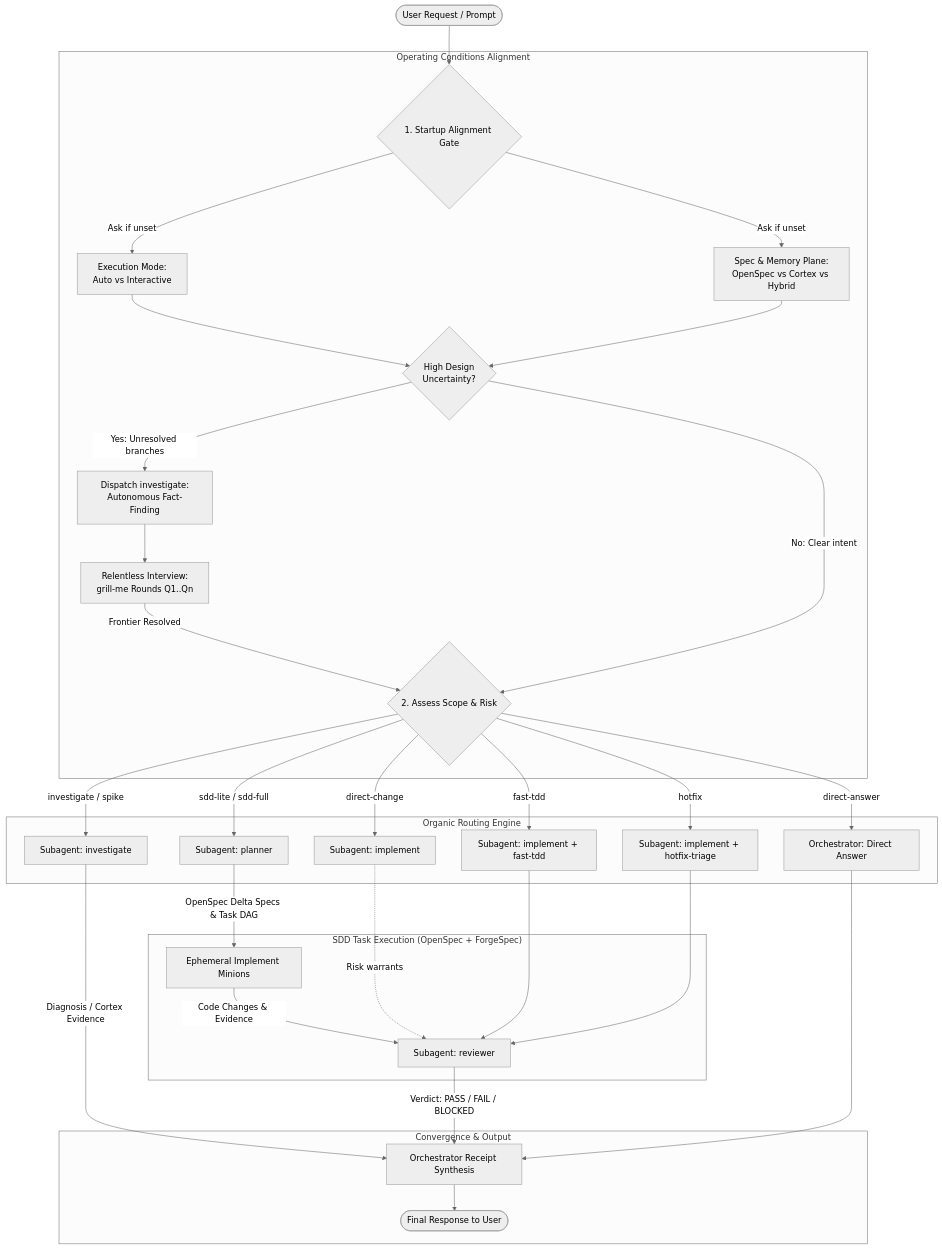
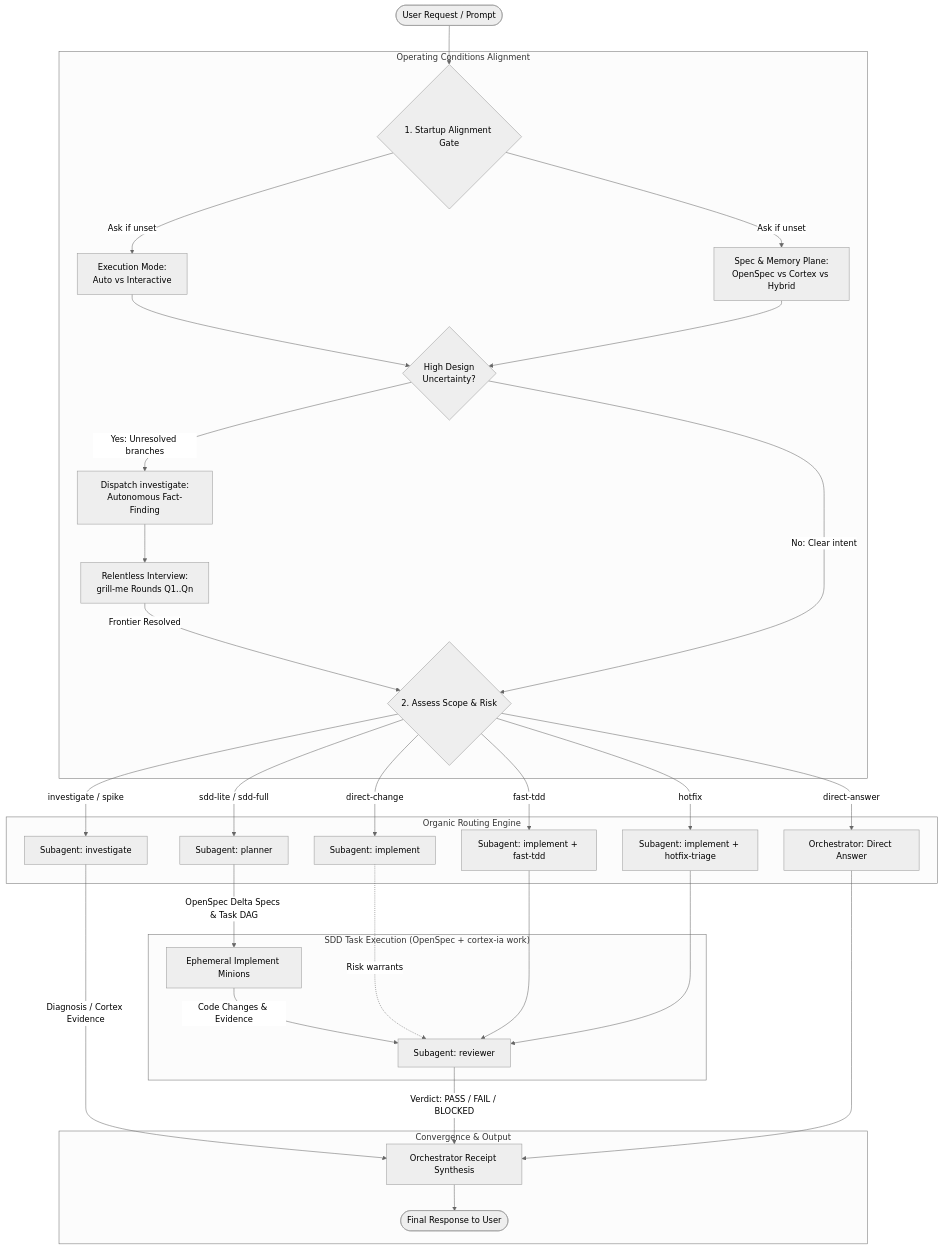
One commit to lleontor705/cortex-ia changed the first of 4 diagrams in internal/assets/AGENTS.md. Above: the diagram before and after it, drawn with Mermaid (neutral theme). The commit also changed other lines of this file and 110 other files, not shown here.

````diff
--- a/internal/assets/AGENTS.md
+++ b/internal/assets/AGENTS.md
@@ -17,42 +18,42 @@
 ```mermaid
 flowchart TD
     User([User Request / Prompt]) --> StartGate{1. Startup Alignment Gate}
     
     subgraph Alignment ["Operating Conditions Alignment"]
         StartGate -->|Ask if unset| ModeChoice[Execution Mode:\nAuto vs Interactive]
         StartGate -->|Ask if unset| PlaneChoice[Spec & Memory Plane:\nOpenSpec vs Cortex vs Hybrid]
         
         ModeChoice --> AmbiguityCheck{High Design\nUncertainty?}
         PlaneChoice --> AmbiguityCheck
         
         AmbiguityCheck -->|Yes: Unresolved branches| InvFact[Dispatch investigate:\nAutonomous Fact-Finding]
         InvFact --> GrillMe[Relentless Interview:\ngrill-me Rounds Q1..Qn]
         GrillMe -->|Frontier Resolved| RouteDecision{2. Assess Scope & Risk}
         AmbiguityCheck -->|No: Clear intent| RouteDecision
     end
 
     subgraph Routing ["Organic Routing Engine"]
         RouteDecision -->|direct-answer| OrchSelf[Orchestrator: Direct Answer]
         RouteDecision -->|investigate / spike| SubInv[Subagent: investigate]
         RouteDecision -->|direct-change| SubImpDirect[Subagent: implement]
         RouteDecision -->|fast-tdd| SubImpTDD[Subagent: implement + fast-tdd]
         RouteDecision -->|hotfix| SubImpHotfix[Subagent: implement + hotfix-triage]
         RouteDecision -->|sdd-lite / sdd-full| SubPlan[Subagent: planner]
     end
 
-    subgraph SDD_Flow ["SDD Task Execution (OpenSpec + ForgeSpec)"]
+    subgraph SDD_Flow ["SDD Task Execution (OpenSpec + cortex-ia work)"]
         SubPlan -->|OpenSpec Delta Specs & Task DAG| Minions[Ephemeral Implement Minions]
         Minions -->|Code Changes & Evidence| SubRev[Subagent: reviewer]
     end
 
     SubImpDirect -.->|Risk warrants| SubRev
     SubImpTDD --> SubRev
     SubImpHotfix --> SubRev
 
     subgraph Convergence ["Convergence & Output"]
         SubInv -->|Diagnosis / Cortex Evidence| OrchFinal[Orchestrator Receipt Synthesis]
         SubRev -->|Verdict: PASS / FAIL / BLOCKED| OrchFinal
         OrchSelf --> OrchFinal
         OrchFinal --> Done([Final Response to User])
     end
 ```
````
